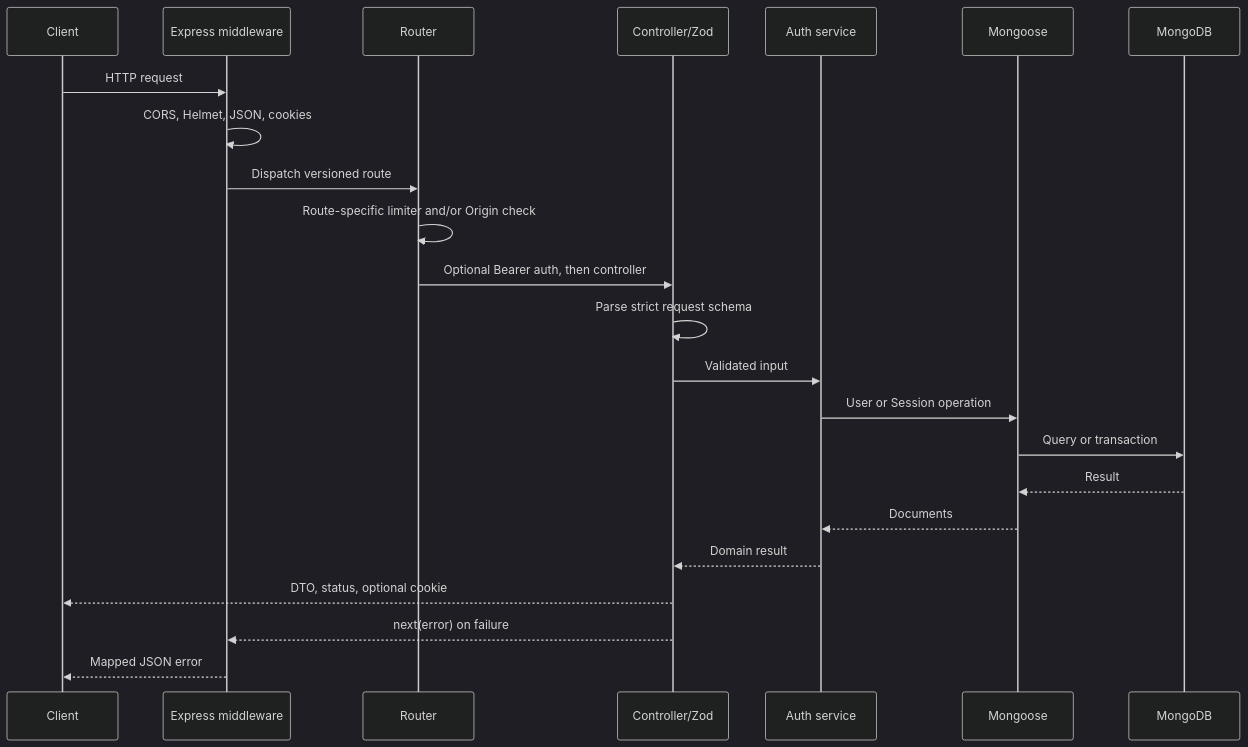
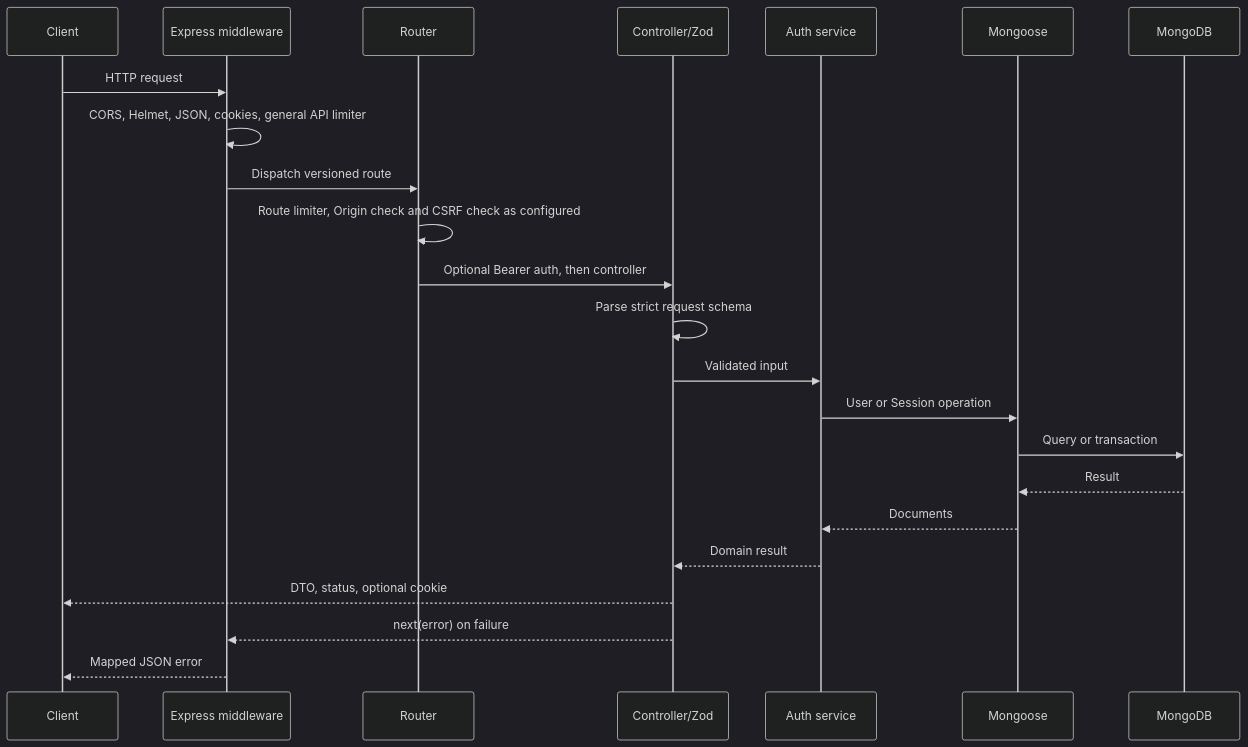
One commit to Krish-CyberSec/TeamSync changed the second of 4 diagrams in docs/05_SYSTEM_ARCHITECTURE.md. Above: the diagram before and after it, drawn with Mermaid (dark theme). The commit also changed other lines of this file and 11 other files, not shown here.

Commit message:
docs: document CSRF protection and API rate limits

````diff
--- a/docs/05_SYSTEM_ARCHITECTURE.md
+++ b/docs/05_SYSTEM_ARCHITECTURE.md
@@ -126,25 +128,25 @@
 ```mermaid
 sequenceDiagram
   participant C as Client
   participant E as Express middleware
   participant R as Router
   participant V as Controller/Zod
   participant S as Auth service
   participant M as Mongoose
   participant D as MongoDB
   C->>E: HTTP request
-  E->>E: CORS, Helmet, JSON, cookies
+  E->>E: CORS, Helmet, JSON, cookies, general API limiter
   E->>R: Dispatch versioned route
-  R->>R: Route-specific limiter and/or Origin check
+  R->>R: Route limiter, Origin check and CSRF check as configured
   R->>V: Optional Bearer auth, then controller
   V->>V: Parse strict request schema
   V->>S: Validated input
   S->>M: User or Session operation
   M->>D: Query or transaction
   D-->>M: Result
   M-->>S: Documents
   S-->>V: Domain result
   V-->>C: DTO, status, optional cookie
   V-->>E: next(error) on failure
   E-->>C: Mapped JSON error
 ```
````
